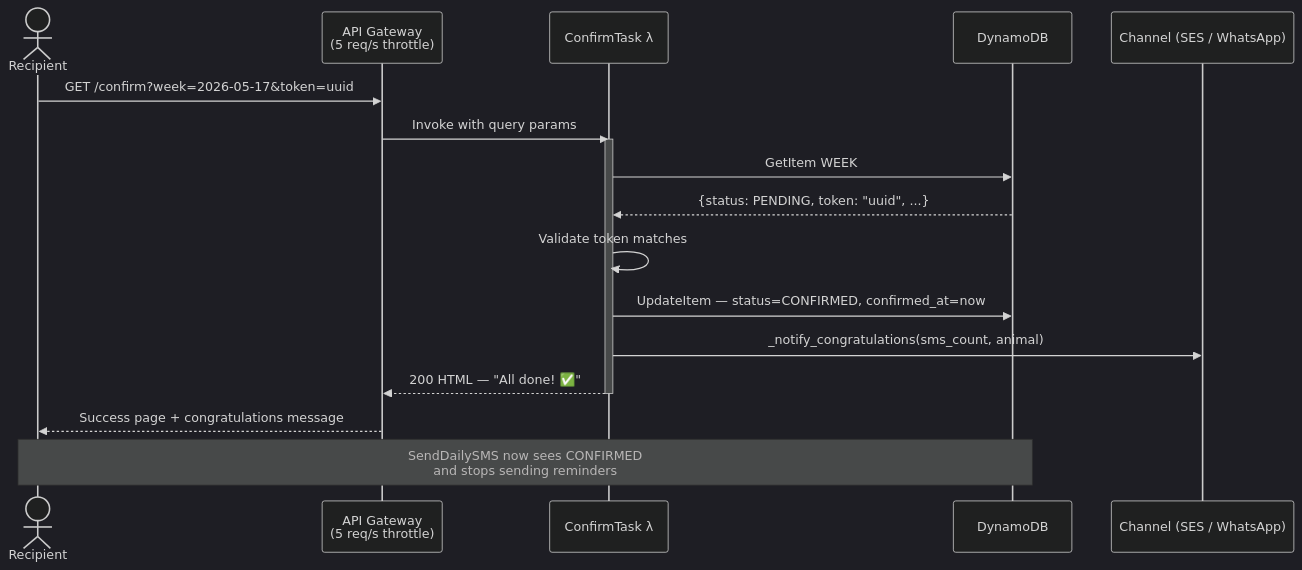
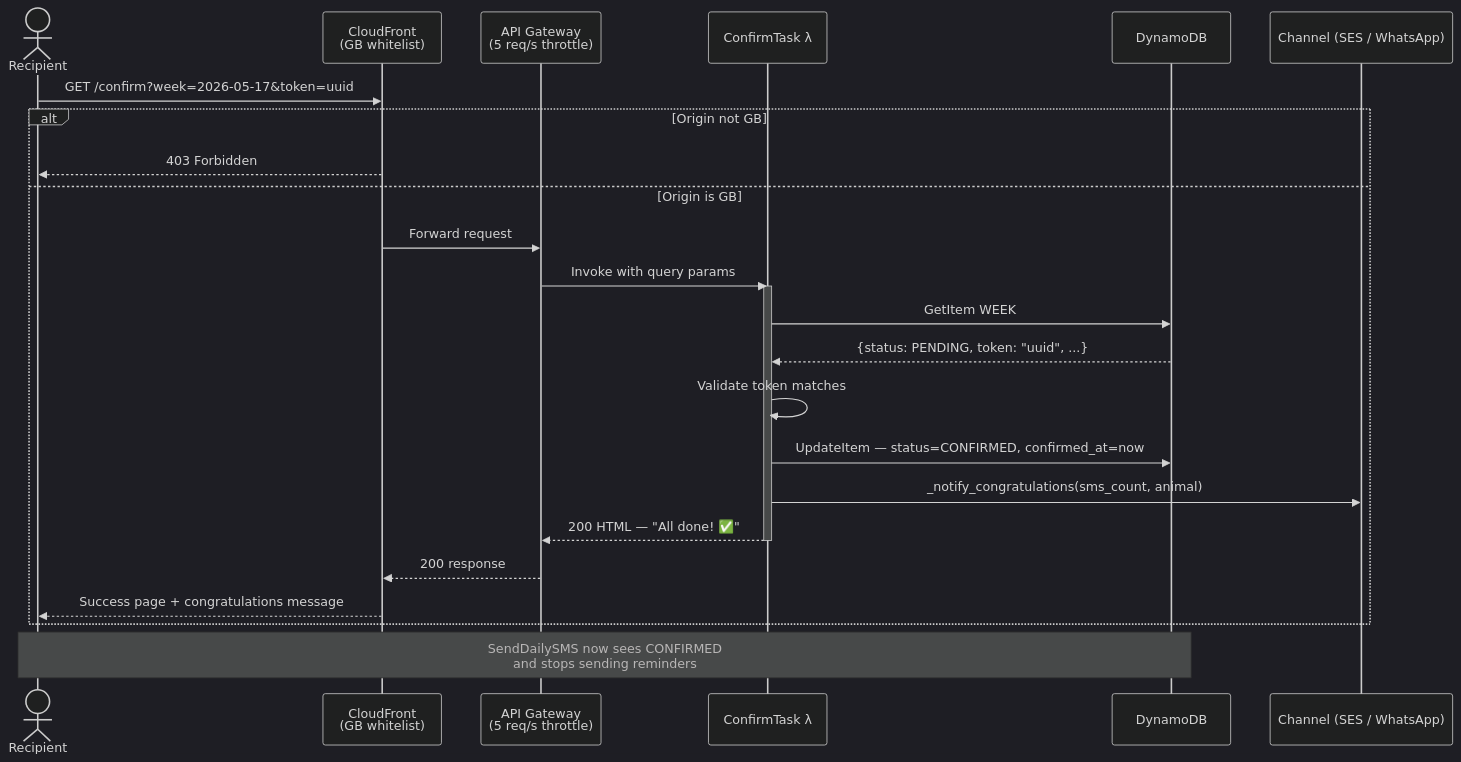
One commit to baldrickuk/washingmachine-notifications changed the fifth of 10 diagrams in docs/architecture.md. Above: the diagram before and after it, drawn with Mermaid. The commit also changed other lines of this file and 1 other file, not shown here.

Commit message:
Update docs for CloudFront GB geo restriction
Architecture:
- Add CloudFront node to system overview diagram (teal edge cluster)
- Add CloudFront to components table
- Update confirmation flow sequence diagram to show geo check
  with explicit alt/else for non-GB rejection at edge

Threat model v1.2:
- Add CloudFront to trust boundary diagram
- Update component section header and intro text
- Add geo check to attack flowchart (first gate before rate limit)
- Add geo bypass row to STRIDE table
- Update token brute force and DoS rows to reference geo restriction
- Lower risk matrix positions for DoS and brute force
- Add geo restriction row to security posture table
- Update pie chart to reflect improvement

````diff
--- a/docs/architecture.md
+++ b/docs/architecture.md
@@ -209,27 +214,34 @@
 ```mermaid
 %%{init: {'theme': 'dark', 'themeVariables': {'primaryColor': '#1e3a5f', 'primaryTextColor': '#c9d1d9', 'primaryBorderColor': '#4a7ab5', 'lineColor': '#58a6ff', 'edgeLabelBackground': '#0d1117'}}}%%
 
 sequenceDiagram
     actor W  as Recipient
+    participant CF as CloudFront<br/>(GB whitelist)
     participant GW as API Gateway<br/>(5 req/s throttle)
     participant L  as ConfirmTask λ
     participant DB as DynamoDB
     participant CH as Channel (SES / WhatsApp)
 
-    W->>GW: GET /confirm?week=2026-05-17&token=uuid
-    GW->>L: Invoke with query params
-    activate L
+    W->>CF: GET /confirm?week=2026-05-17&token=uuid
+    alt Origin not GB
+        CF-->>W: 403 Forbidden
+    else Origin is GB
+        CF->>GW: Forward request
+        GW->>L: Invoke with query params
+        activate L
 
-    L->>DB: GetItem WEEK#2026-05-17
-    DB-->>L: {status: PENDING, token: "uuid", ...}
+        L->>DB: GetItem WEEK#2026-05-17
+        DB-->>L: {status: PENDING, token: "uuid", ...}
 
-    L->>L: Validate token matches
-    L->>DB: UpdateItem — status=CONFIRMED, confirmed_at=now
-    L->>CH: _notify_congratulations(sms_count, animal)
+        L->>L: Validate token matches
+        L->>DB: UpdateItem — status=CONFIRMED, confirmed_at=now
+        L->>CH: _notify_congratulations(sms_count, animal)
 
-    L-->>GW: 200 HTML — "All done! ✅"
-    deactivate L
-    GW-->>W: Success page + congratulations message
+        L-->>GW: 200 HTML — "All done! ✅"
+        deactivate L
+        GW-->>CF: 200 response
+        CF-->>W: Success page + congratulations message
+    end
 
     Note over W,DB: SendDailySMS now sees CONFIRMED<br/>and stops sending reminders
 ```
````
